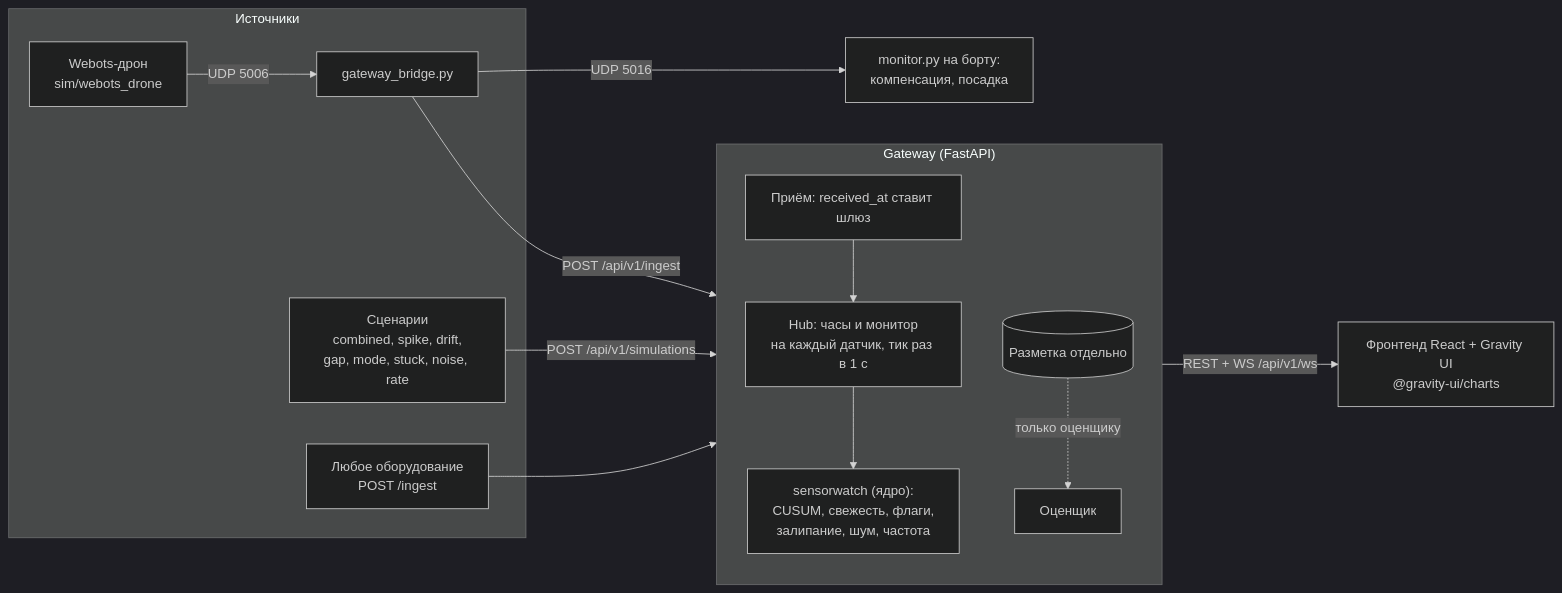
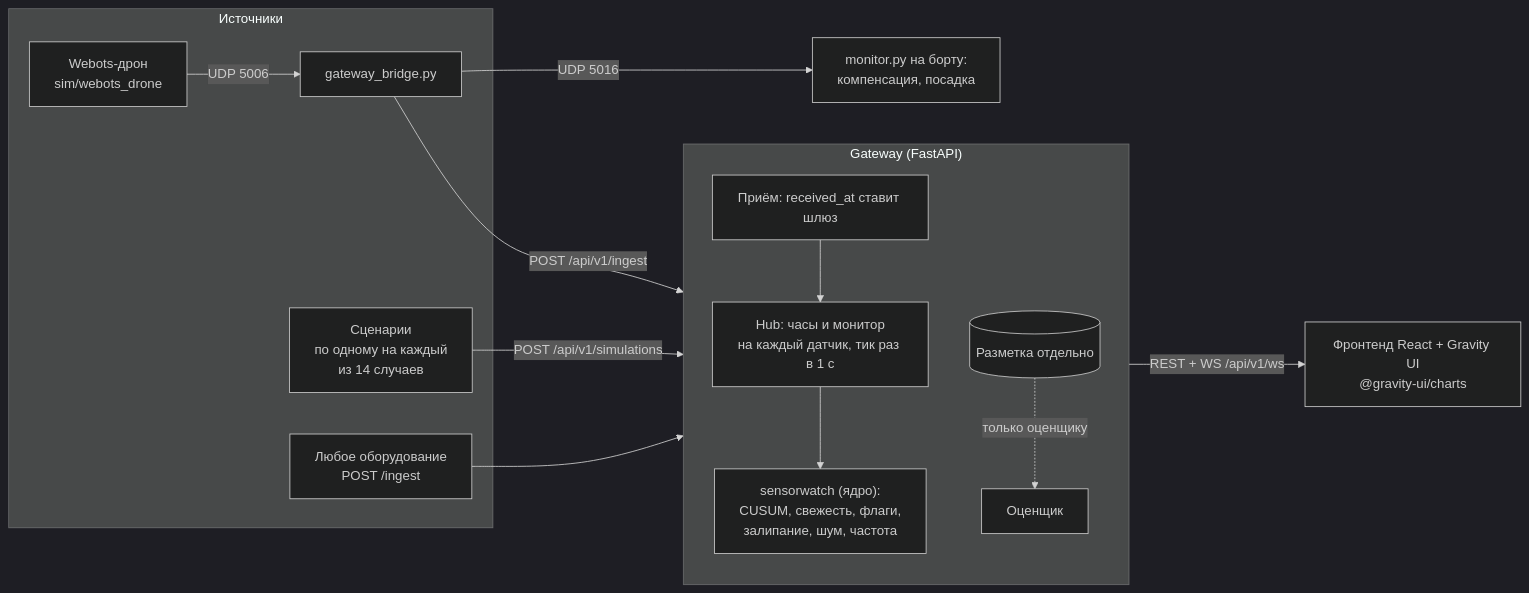
The diagram in docs/GATEWAY.md (NilLev06/YandexStudCamp2026), drawn with Mermaid (dark theme) before and after one commit. The commit also changed other lines of this file and 303 other files, not shown here.

````diff
--- a/docs/GATEWAY.md
+++ b/docs/GATEWAY.md
@@ -7,18 +7,18 @@
 ```mermaid
 flowchart LR
   subgraph Источники
     D["Webots-дрон<br/>sim/webots_drone"] -->|UDP 5006| B[gateway_bridge.py]
-    S["Сценарии<br/>combined, spike, drift,<br/>gap, mode, stuck, noise, rate"]
+    S["Сценарии<br/>по одному на каждый<br/>из 14 случаев"]
     X["Любое оборудование<br/>POST /ingest"]
   end
   B -->|POST /api/v1/ingest| G
   X --> G
   S -->|POST /api/v1/simulations| G
   B -->|UDP 5016| M["monitor.py на борту:<br/>компенсация, посадка"]
   subgraph G["Gateway (FastAPI)"]
     I[Приём: received_at ставит шлюз] --> H["Hub: часы и монитор<br/>на каждый датчик, тик раз в 1 с"]
     H --> C["sensorwatch (ядро):<br/>CUSUM, свежесть, флаги,<br/>залипание, шум, частота"]
     L[(Разметка отдельно)] -.только оценщику.-> E[Оценщик]
   end
   G -->|REST + WS /api/v1/ws| F["Фронтенд React + Gravity UI<br/>@gravity-ui/charts"]
 ```
````
